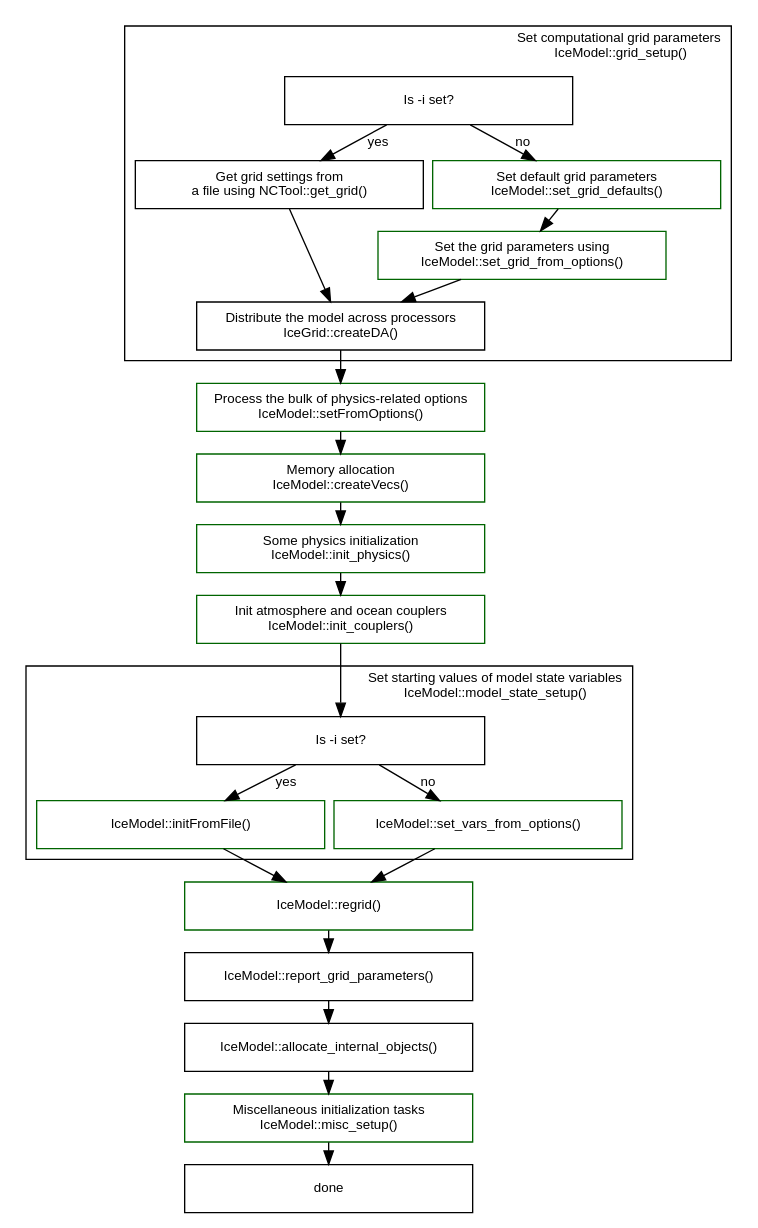
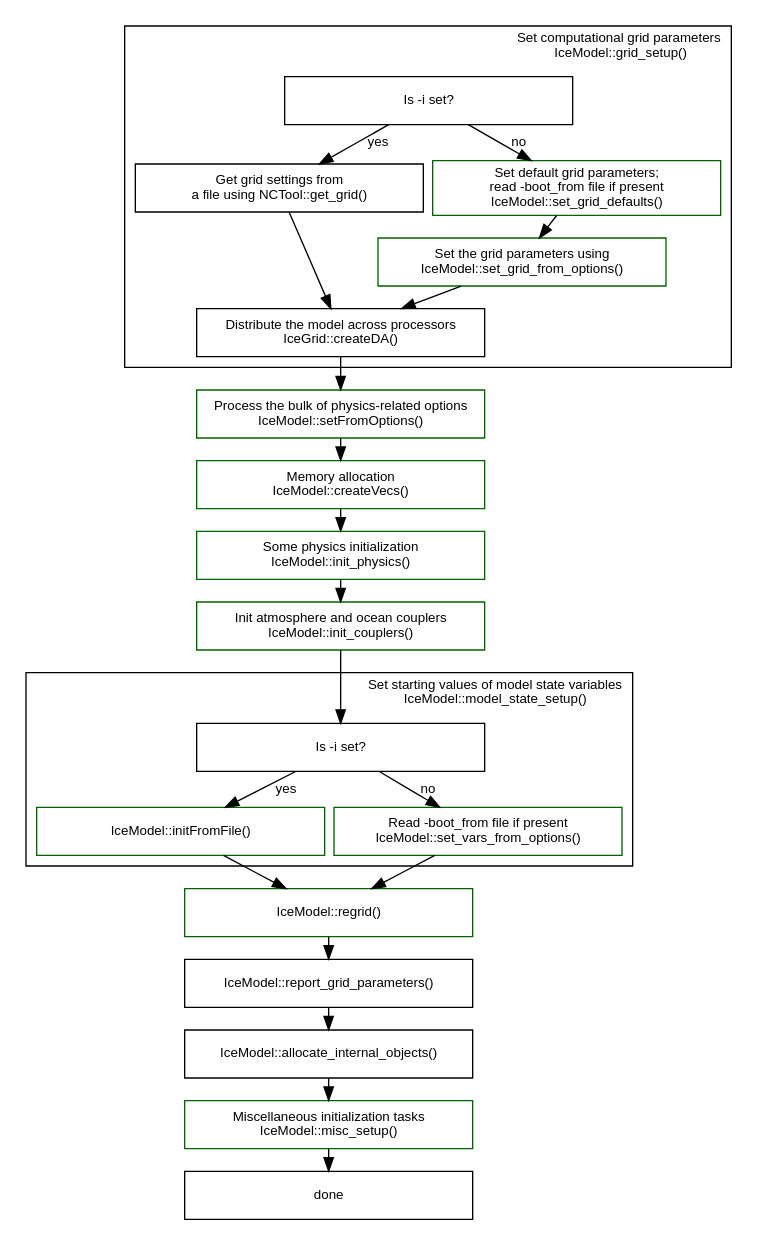
Before and after one commit to pism/pism: the diagram in doc/initialization-sequence.dot, drawn with Graphviz. The commit also changed 7 other files, not shown here.

```diff
--- a/doc/initialization-sequence.dot
+++ b/doc/initialization-sequence.dot
@@ -1,71 +1,71 @@
 // Use
 // dot -Tpng initialization-sequence.dot -o initialization-sequence.png
 // to create the picture.
 
 digraph pism_init {
   // Global graph parameters
   node [fontname=Arial fontsize=10 shape=box width=3];
   edge [fontname=Arial fontsize=10];
   graph [fontname=Arial fontsize=10 ranksep=0.1 nodesep=0.1];
 
   subgraph cluster_grid {
     label = "Set computational grid parameters\rIceModel::grid_setup()";
     URL = "\ref IceModel::grid_setup()";
     labeljust = r;
 
     is_i_set1 [label = "Is -i set?"];
     {rank=same
       grid_from_file [label = "Get grid settings from\n a file using NCTool::get_grid()" URL="\ref NCTool::get_grid()"];
 
-      set_grid_defaults [label = "Set default grid parameters\nIceModel::set_grid_defaults()" color=darkgreen URL="\ref IceModel::set_grid_defaults()"];
+      set_grid_defaults [label = "Set default grid parameters;\nread -boot_from file if present\nIceModel::set_grid_defaults()" color=darkgreen URL="\ref IceModel::set_grid_defaults()"];
     }
     grid_from_options [label = "Set the grid parameters using\nIceModel::set_grid_from_options()" color=darkgreen URL="\ref IceModel::set_grid_from_options()"];
     is_i_set1 -> set_grid_defaults [label = "no"];
     set_grid_defaults -> grid_from_options;
     is_i_set1 -> grid_from_file [label = "yes"];
 
     createDA [label = "Distribute the model across processors\nIceGrid::createDA()" URL="\ref IceGrid::createDA()"];
     {grid_from_file grid_from_options} -> createDA;
   }
 
   setFromOptions [label = "Process the bulk of physics-related options\nIceModel::setFromOptions()" color=darkgreen URL="\ref IceModel::setFromOptions()"];
   createDA -> setFromOptions;
   
   createVecs [label = "Memory allocation\nIceModel::createVecs()" color=darkgreen URL="\ref IceModel::createVecs()"];
   setFromOptions -> createVecs;
 
   init_physics [label = "Some physics initialization\nIceModel::init_physics()" color=darkgreen URL="\ref IceModel::init_physics()"];
   createVecs -> init_physics;
 
   init_couplers [label = "Init atmosphere and ocean couplers\nIceModel::init_couplers()" color=darkgreen URL="\ref IceModel::init_couplers()"];
   init_physics -> init_couplers;
 
   init_couplers -> is_i_set2;
 
   subgraph cluster_model_state {
     label = "Set starting values of model state variables\rIceModel::model_state_setup()";
     labeljust = r;
     URL = "\ref IceModel::model_state_setup()";
 
     is_i_set2 [label = "Is -i set?"];
 
     initFromFile [label = "IceModel::initFromFile()" color=darkgreen URL="\ref IceModel::initFromFile()"];
-    set_values_from_options [label = "IceModel::set_vars_from_options()" color=darkgreen URL="\ref IceModel::set_vars_from_options()"];
+    set_values_from_options [label = "Read -boot_from file if present\nIceModel::set_vars_from_options()" color=darkgreen URL="\ref IceModel::set_vars_from_options()"];
     is_i_set2 -> initFromFile [label = "yes"];
     is_i_set2 -> set_values_from_options [label = "no"];
   }  
 
   regrid [label = "IceModel::regrid()" color=darkgreen URL="\ref IceModel::regrid()"];
   {initFromFile set_values_from_options} -> regrid;
 
   report [label = "IceModel::report_grid_parameters()" URL="\ref IceModel::report_grid_parameters()"];
   regrid -> report;
 
   allocate_internal_objects [label = "IceModel::allocate_internal_objects()" URL="\ref IceModel::allocate_internal_objects()"];
   report -> allocate_internal_objects;
 
   misc [label = "Miscellaneous initialization tasks\nIceModel::misc_setup()" color=darkgreen URL="\ref IceModel::misc_setup()"];
   allocate_internal_objects -> misc;
 
   misc -> done;
 }
```
